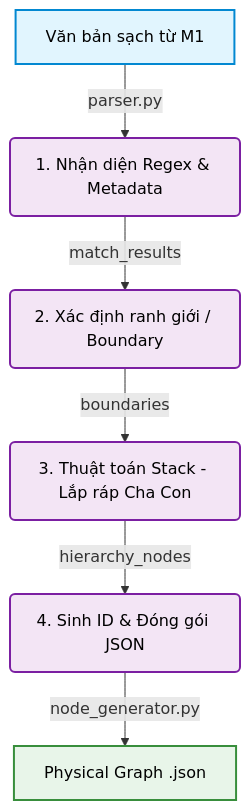
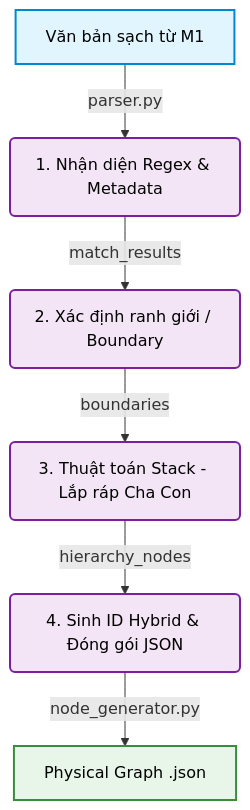
The diagram in docs/tom_tat_module_2.md (luuthanhlam04-cloud/hybrid-parser-nckh), drawn with Mermaid before and after one commit. The commit also changed other lines of this file, not shown here.

````diff
--- a/docs/tom_tat_module_2.md
+++ b/docs/tom_tat_module_2.md
@@ -14,16 +16,16 @@
 ```mermaid
 graph TD
     A[Văn bản sạch từ M1] -->|parser.py| B(1. Nhận diện Regex & Metadata)
     B -->|match_results| C(2. Xác định ranh giới / Boundary)
     C -->|boundaries| D(3. Thuật toán Stack - Lắp ráp Cha Con)
-    D -->|hierarchy_nodes| E(4. Sinh ID & Đóng gói JSON)
+    D -->|hierarchy_nodes| E(4. Sinh ID Hybrid & Đóng gói JSON)
     E -->|node_generator.py| F[Physical Graph .json]
     
     classDef input fill:#e1f5fe,stroke:#0288d1,stroke-width:2px,color:#000;
     classDef process fill:#f3e5f5,stroke:#7b1fa2,stroke-width:2px,color:#000;
     classDef output fill:#e8f5e9,stroke:#388e3c,stroke-width:2px,color:#000;
     
     class A input;
     class B,C,D,E process;
     class F output;
 ```
````
